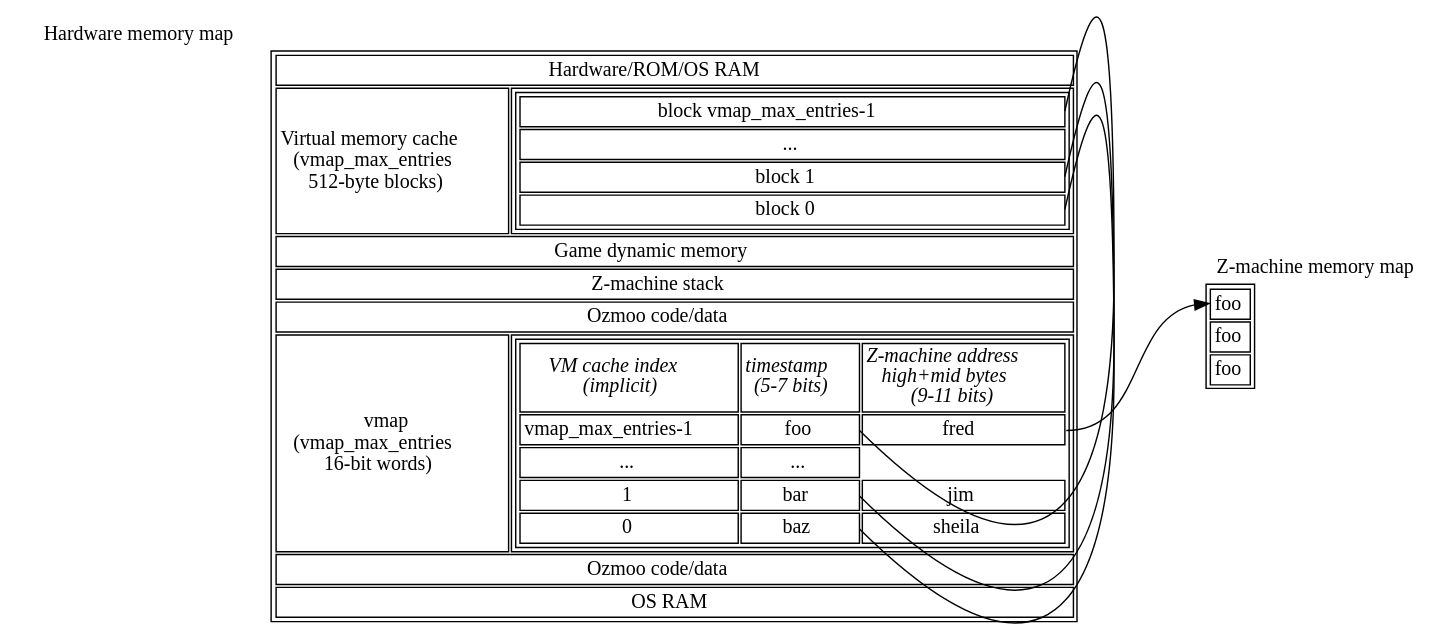
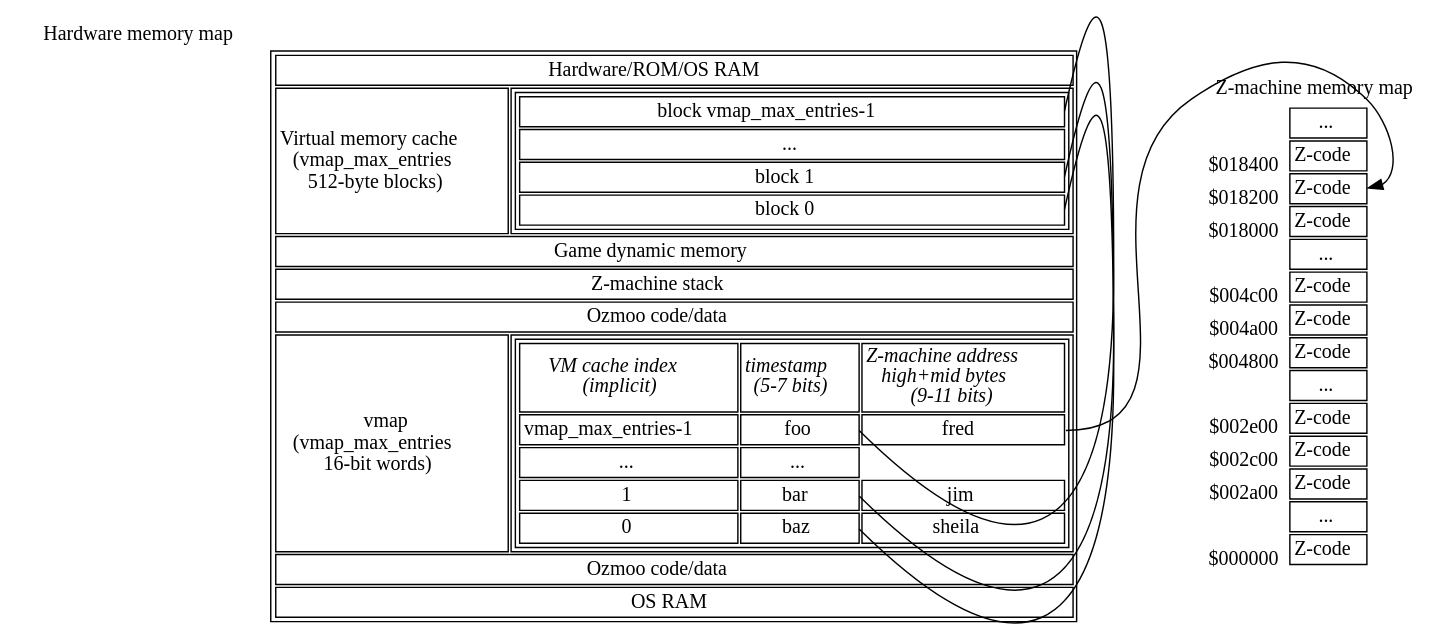
One commit to ZornsLemma/ozmoo changed the diagram in documentation/techdocs/memory-map-1.dot. Above: the diagram before and after it, drawn with Graphviz.

Commit message:
Snapshot

```diff
--- a/documentation/techdocs/memory-map-1.dot
+++ b/documentation/techdocs/memory-map-1.dot
@@ -1,59 +1,112 @@
 digraph memory {
     forcelabels=true;
     node [shape=plaintext];
 
     # SFTODO: Rename "top" to "ram"?
     top [xlabel="Hardware memory map", label=<
     <table>
         <tr><td colspan="2">Hardware/ROM/OS RAM</td></tr>
         <!-- SFTODO: could label start of this chunk of memory vmap_first_ram_page -->
         <tr><td>Virtual memory cache<br/>(vmap_max_entries<br/>512-byte blocks)</td>
             <td>
                 <table port="vmem">
                     <tr><td port="lastblock">block vmap_max_entries-1</td></tr>
                     <tr><td>...</td></tr>
                     <tr><td port="block1">block 1</td></tr>
                     <tr><td port="block0">block 0</td></tr>
                 </table>
             </td>
         </tr>
         <tr><td colspan="2">Game dynamic memory</td></tr>
         <tr><td colspan="2">Z-machine stack</td></tr>
         <tr><td colspan="2">Ozmoo code/data</td></tr>
         <tr><td>vmap<br/>(vmap_max_entries<br/>16-bit words)</td>
             <td>
                 <table>
                     <tr>
                         <td><i>VM cache index<br/>(implicit)</i></td>
                         <td><i>timestamp<br/>(5-7 bits)</i></td>
                         <td><i>Z-machine address<br/>high+mid bytes<br/>(9-11 bits)</i></td>
                     </tr>
                     <tr><td>vmap_max_entries-1</td><td port="xlastblock">foo</td><td port="xvmaplast">fred</td></tr>
                     <tr><td>...</td><td>...</td></tr>
                     <tr><td>1</td><td port="xblock1">bar</td><td>jim</td></tr>
                     <tr><td>0</td><td port="xblock0">baz</td><td>sheila</td></tr>
                 </table>
             </td>
         </tr>
         <tr><td colspan="2">Ozmoo code/data</td></tr>
         <tr><td colspan="2">OS RAM</td></tr>
     </table>>];
 
     zmachine [xlabel="Z-machine memory map", label=<
-    <table>
-        <tr><td port="vmaplasttarget">foo</td></tr>
-        <tr><td>foo</td></tr>
-        <tr><td>foo</td></tr>
+    <table border="0">
+        <tr>
+            <td></td>
+            <td border="1">...</td>
+        </tr>
+        <tr>
+            <td><sub>$018400</sub></td>
+            <td border="1">Z-code</td>
+        </tr>
+        <tr>
+            <td><sub>$018200</sub></td>
+            <td border="1" port="vmaplasttarget">Z-code</td>
+        </tr>
+        <tr>
+            <td><sub>$018000</sub></td>
+            <td border="1" port="vmaplasttarget">Z-code</td>
+        </tr>
+        <tr>
+            <td></td>
+            <td border="1">...</td>
+        </tr>
+        <tr>
+            <td><sub>$004c00</sub></td>
+            <td border="1">Z-code</td>
+        </tr>
+        <tr>
+            <td><sub>$004a00</sub></td>
+            <td border="1">Z-code</td>
+        </tr>
+        <tr>
+            <td><sub>$004800</sub></td>
+            <td border="1">Z-code</td>
+        </tr>
+        <tr>
+            <td></td>
+            <td border="1">...</td>
+        </tr>
+        <tr>
+            <td><sub>$002e00</sub></td>
+            <td border="1">Z-code</td>
+        </tr>
+        <tr>
+            <td><sub>$002c00</sub></td>
+            <td border="1">Z-code</td>
+        </tr>
+        <tr>
+            <td><sub>$002a00</sub></td>
+            <td border="1">Z-code</td>
+        </tr>
+        <tr>
+            <td></td>
+            <td border="1">...</td>
+        </tr>
+        <tr>
+            <td><sub>$000000</sub></td>
+            <td border="1">Z-code</td>
+        </tr>
     </table>>];
 
     {rank = same; top zmachine};
 
     # Get rid of these lines, since they don't route well?
     top:lastblock:e -> top:xlastblock:e [dir=none];
     top:block1:e -> top:xblock1:e [dir=none];
     top:block0:e -> top:xblock0:e [dir=none];
 
     top:xvmaplast:e -> zmachine:vmaplasttarget; # SFTODO: arrow head?
 }
 
 # vi: sw=4 sts=4
```
